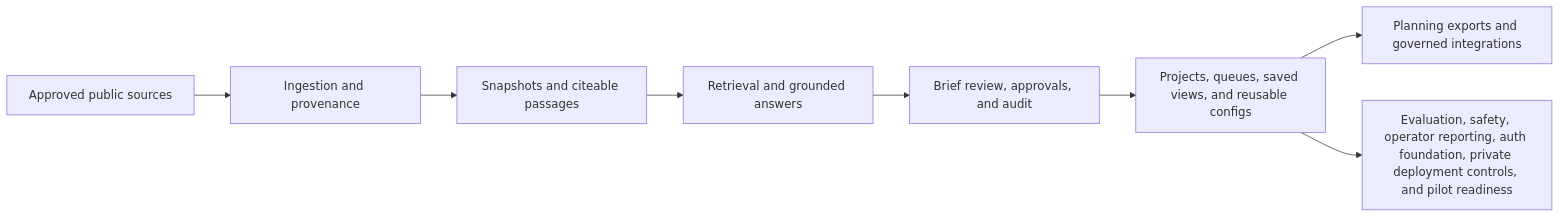
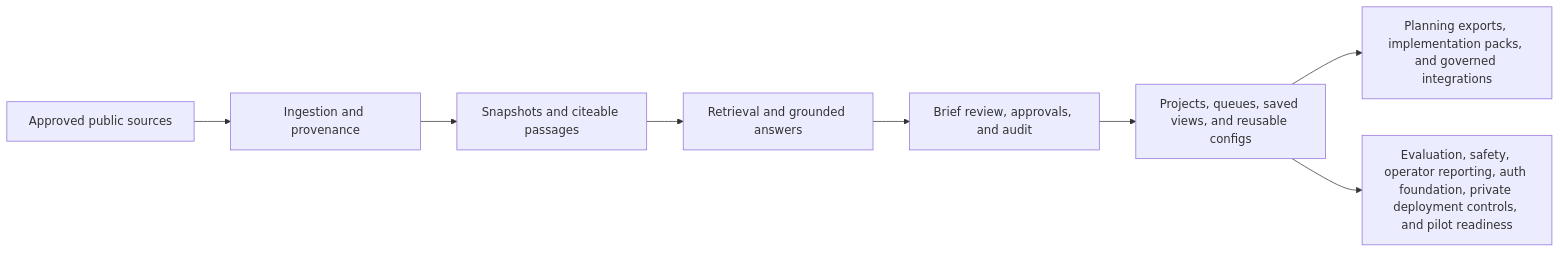
One commit to venkata-ramana/HealthForge changed the diagram in README.md. Above: the diagram before and after it, drawn with Mermaid. The commit also changed other lines of this file and 9 other files, not shown here.

````diff
--- a/README.md
+++ b/README.md
@@ -45,10 +45,10 @@
 ```mermaid
 flowchart LR
     A["Approved public sources"] --> B["Ingestion and provenance"]
     B --> C["Snapshots and citeable passages"]
     C --> D["Retrieval and grounded answers"]
     D --> E["Brief review, approvals, and audit"]
     E --> F["Projects, queues, saved views, and reusable configs"]
-    F --> G["Planning exports and governed integrations"]
+    F --> G["Planning exports, implementation packs, and governed integrations"]
     F --> H["Evaluation, safety, operator reporting, auth foundation, private deployment controls, and pilot readiness"]
 ```
````
